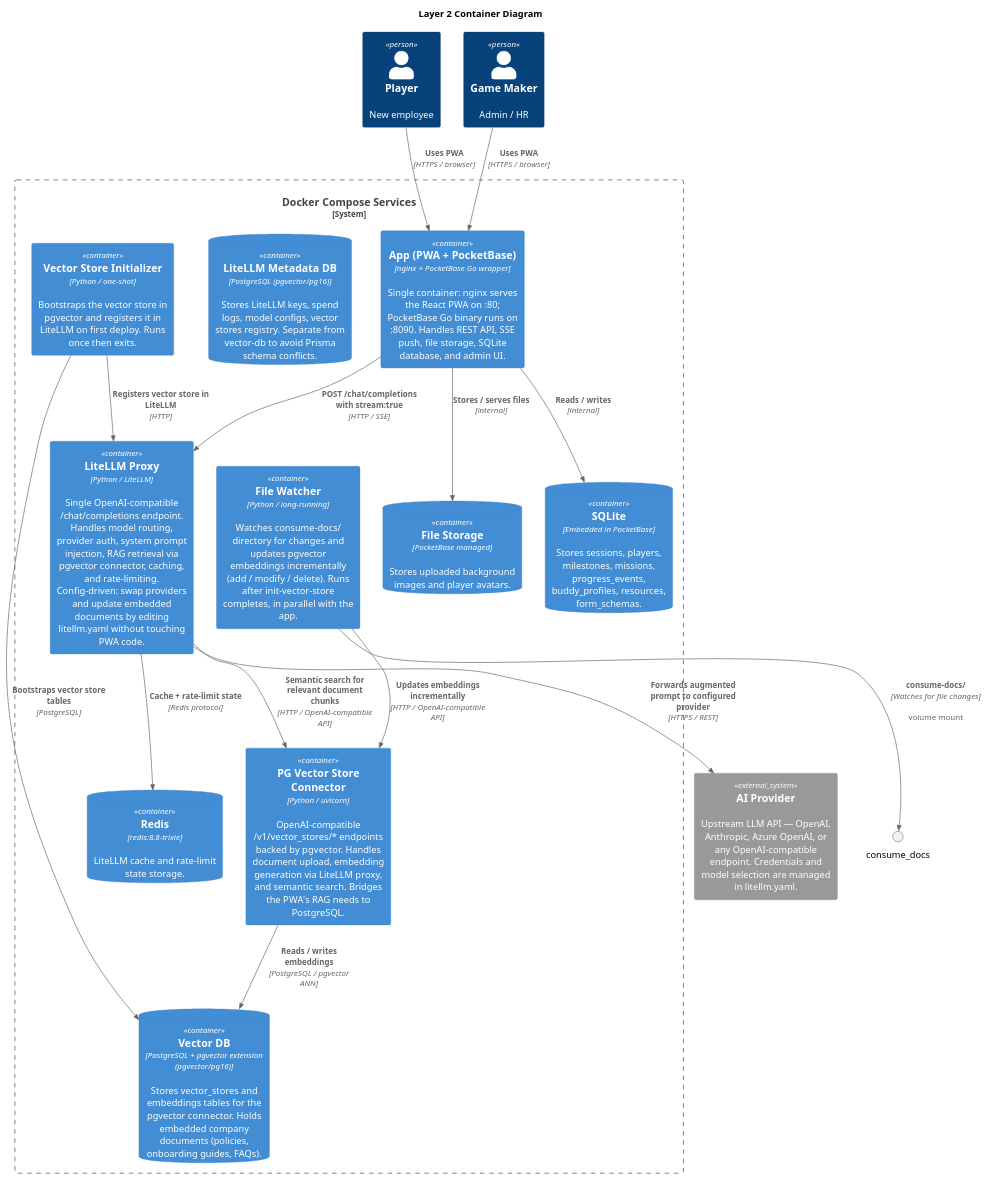
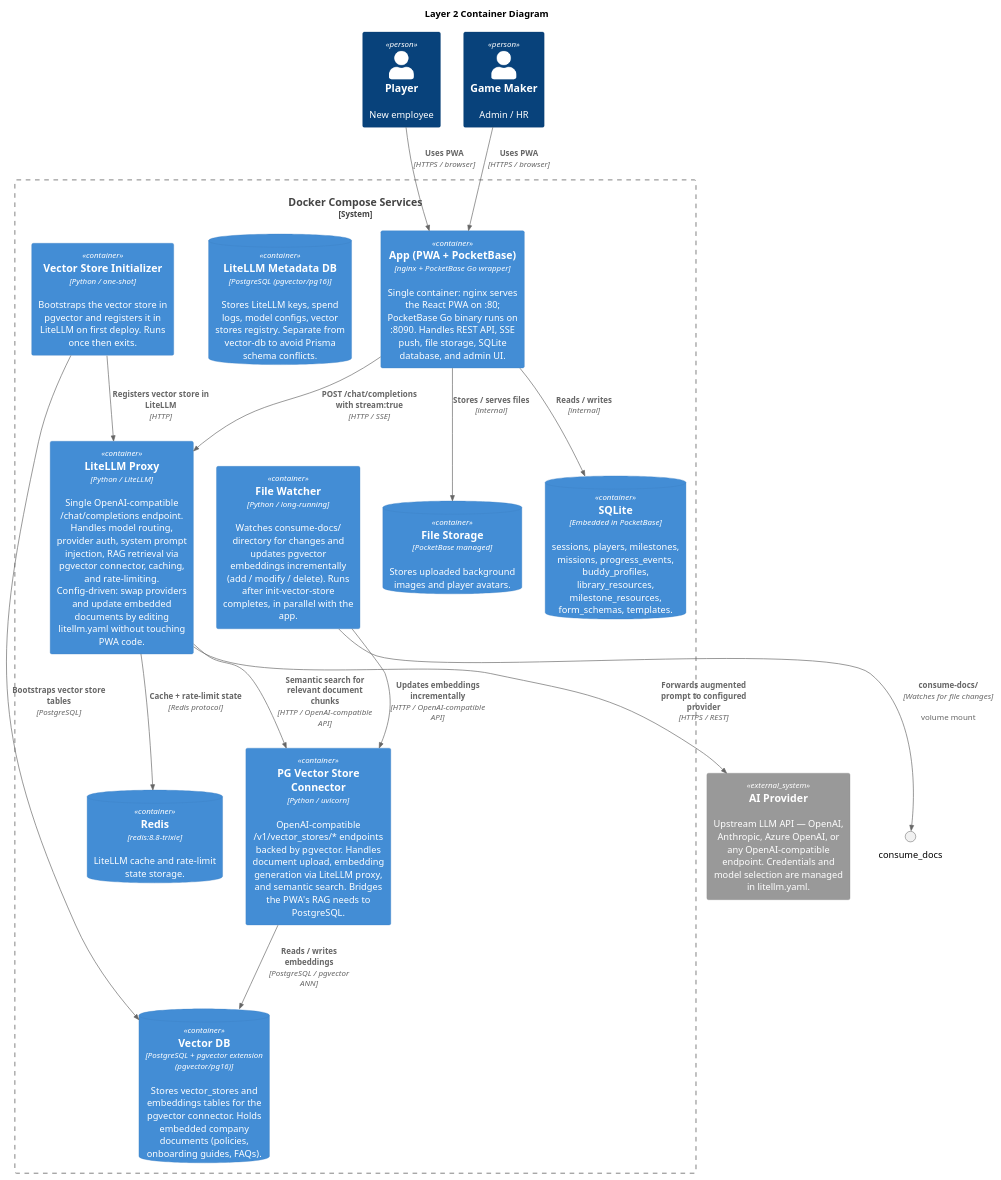
The diagram in docs/c4container.puml (hoonsubin/messe-buddy-app), drawn with PlantUML before and after one commit. The commit also changed 175 other files, not shown here.

```diff
--- a/docs/c4container.puml
+++ b/docs/c4container.puml
@@ -1,43 +1,43 @@
 @startuml diagram_02_c4_container
 !include <C4/C4_Container>
 
 title Layer 2 Container Diagram
 
 Person(player, "Player", "New employee")
 Person(gameMaker, "Game Maker", "Admin / HR")
 
 System_Ext(aiProvider, "AI Provider", "Upstream LLM API — OpenAI, Anthropic, Azure OpenAI, or any OpenAI-compatible endpoint. Credentials and model selection are managed in litellm.yaml.")
 
 System_Boundary(docker, "Docker Compose Services") {
     Container(app, "App (PWA + PocketBase)", "nginx + PocketBase Go wrapper", "Single container: nginx serves the React PWA on :80; PocketBase Go binary runs on :8090. Handles REST API, SSE push, file storage, SQLite database, and admin UI.")
-    ContainerDb(sqlite, "SQLite", "Embedded in PocketBase", "Stores sessions, players, milestones, missions, progress_events, buddy_profiles, resources, form_schemas.")
+    ContainerDb(sqlite, "SQLite", "Embedded in PocketBase", "sessions, players, milestones, missions, progress_events, buddy_profiles, library_resources, milestone_resources, form_schemas, templates.")
     ContainerDb(filestore, "File Storage", "PocketBase managed", "Stores uploaded background images and player avatars.")
 
     Container(litellm, "LiteLLM Proxy", "Python / LiteLLM", "Single OpenAI-compatible /chat/completions endpoint. Handles model routing, provider auth, system prompt injection, RAG retrieval via pgvector connector, caching, and rate-limiting. Config-driven: swap providers and update embedded documents by editing litellm.yaml without touching PWA code.")
     ContainerDb(litellm_db, "LiteLLM Metadata DB", "PostgreSQL (pgvector/pg16)", "Stores LiteLLM keys, spend logs, model configs, vector stores registry. Separate from vector-db to avoid Prisma schema conflicts.")
 
     Container(litellm_pgvector, "PG Vector Store Connector", "Python / uvicorn", "OpenAI-compatible /v1/vector_stores/* endpoints backed by pgvector. Handles document upload, embedding generation via LiteLLM proxy, and semantic search. Bridges the PWA's RAG needs to PostgreSQL.")
     ContainerDb(vector_db, "Vector DB", "PostgreSQL + pgvector extension (pgvector/pg16)", "Stores vector_stores and embeddings tables for the pgvector connector. Holds embedded company documents (policies, onboarding guides, FAQs).")
 
     Container(init_vs, "Vector Store Initializer", "Python / one-shot", "Bootstraps the vector store in pgvector and registers it in LiteLLM on first deploy. Runs once then exits.")
     Container(file_watcher, "File Watcher", "Python / long-running", "Watches consume-docs/ directory for changes and updates pgvector embeddings incrementally (add / modify / delete). Runs after init-vector-store completes, in parallel with the app.")
 
     ContainerDb(redis, "Redis", "redis:8.8-trixie", "LiteLLM cache and rate-limit state storage.")
 }
 
 Rel(player, app, "Uses PWA", "HTTPS / browser")
 Rel(gameMaker, app, "Uses PWA", "HTTPS / browser")
 Rel(app, litellm, "POST /chat/completions with stream:true", "HTTP / SSE")
 Rel(litellm, aiProvider, "Forwards augmented prompt to configured provider", "HTTPS / REST")
 Rel(litellm, litellm_pgvector, "Semantic search for relevant document chunks", "HTTP / OpenAI-compatible API")
 Rel(litellm_pgvector, vector_db, "Reads / writes embeddings", "PostgreSQL / pgvector ANN")
 Rel(init_vs, vector_db, "Bootstraps vector store tables", "PostgreSQL")
 Rel(init_vs, litellm, "Registers vector store in LiteLLM", "HTTP")
 Rel(file_watcher, consume_docs, "consume-docs/", "Watches for file changes", "volume mount")
 Rel(file_watcher, litellm_pgvector, "Updates embeddings incrementally", "HTTP / OpenAI-compatible API")
 Rel(litellm, redis, "Cache + rate-limit state", "Redis protocol")
 
 Rel(app, sqlite, "Reads / writes", "internal")
 Rel(app, filestore, "Stores / serves files", "internal")
 
 @enduml
```
